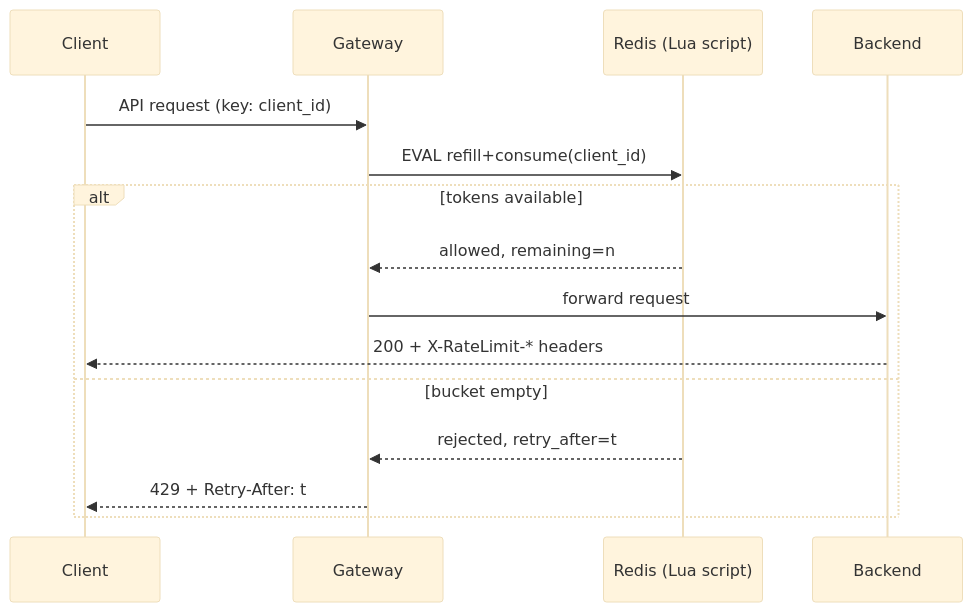
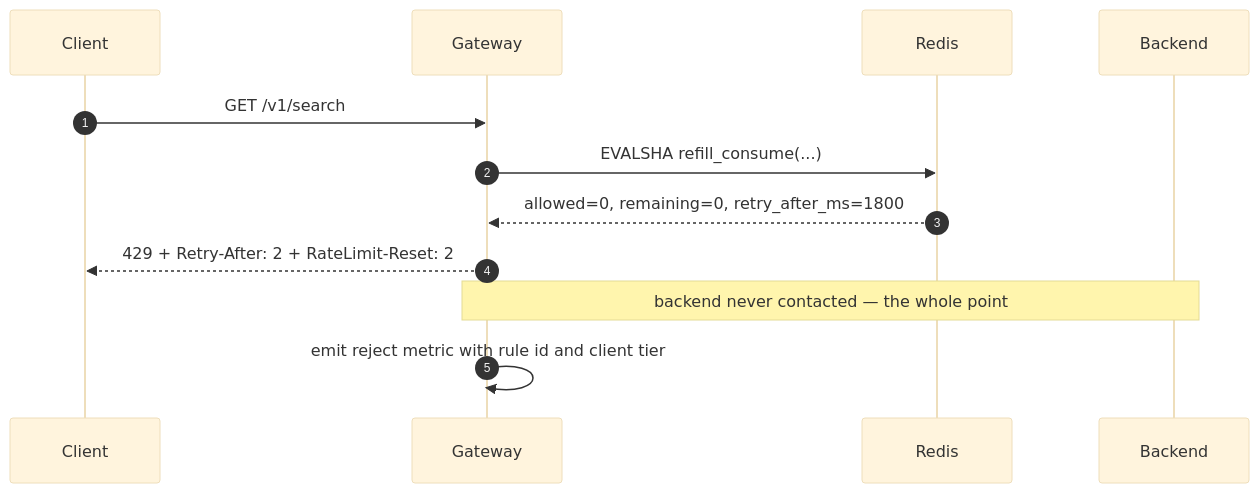
One commit to sameeralam3127/system-design-365 changed the tenth of 18 diagrams in docs/case-studies/002-rate-limiter.md. Above: the diagram before and after it, drawn with Mermaid (base theme). The commit also changed other lines of this file and 2 other files, not shown here.

````diff
--- a/docs/case-studies/002-rate-limiter.md
+++ b/docs/case-studies/002-rate-limiter.md
@@ -89,17 +588,15 @@
 ```mermaid
 sequenceDiagram
+  autonumber
   participant C as Client
   participant G as Gateway
-  participant R as Redis (Lua script)
+  participant R as Redis
   participant B as Backend
-  C->>G: API request (key: client_id)
-  G->>R: EVAL refill+consume(client_id)
-  alt tokens available
-    R-->>G: allowed, remaining=n
-    G->>B: forward request
-    B-->>C: 200 + X-RateLimit-* headers
-  else bucket empty
-    R-->>G: rejected, retry_after=t
-    G-->>C: 429 + Retry-After: t
-  end
+
+  C->>G: GET /v1/search
+  G->>R: EVALSHA refill_consume(...)
+  R-->>G: allowed=0, remaining=0, retry_after_ms=1800
+  G-->>C: 429 + Retry-After: 2 + RateLimit-Reset: 2
+  Note over G,B: backend never contacted — the whole point
+  G->>G: emit reject metric with rule id and client tier
 ```
````
